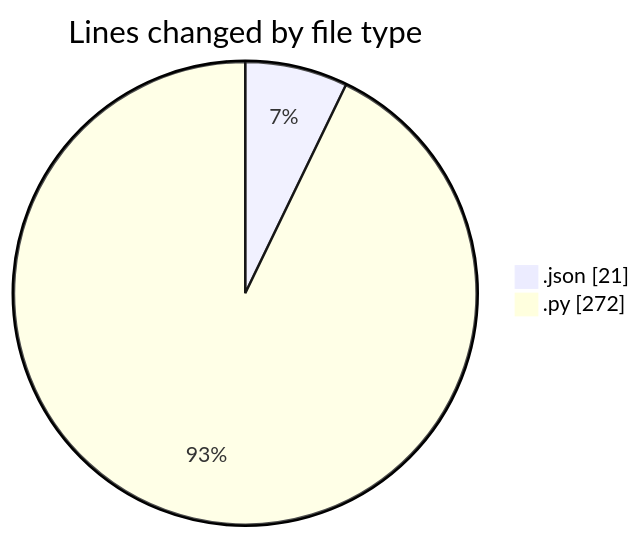
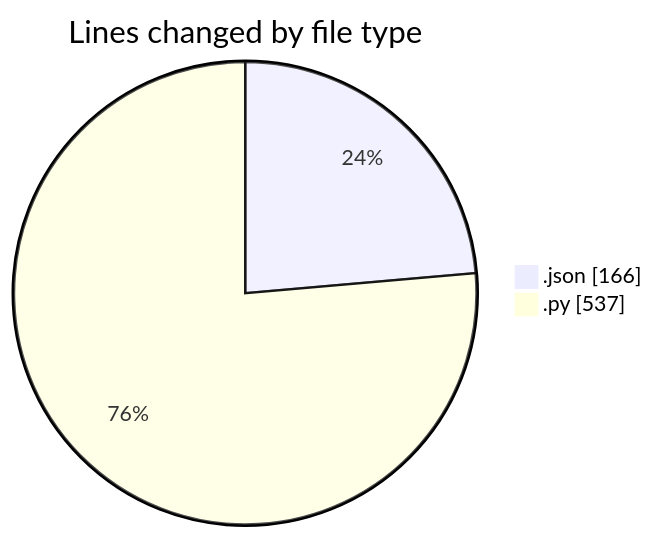
One commit to MatusMokan/code-tracking changed the first of 2 diagrams in 2025-11-14/untitled__workspace_/README.md. Above: the diagram before and after it, drawn with Mermaid. The commit also changed other lines of this file and 1 other file, not shown here.

````diff
--- a/2025-11-14/untitled__workspace_/README.md
+++ b/2025-11-14/untitled__workspace_/README.md
@@ -22,6 +23,6 @@
 ```mermaid
 pie showData
 title Lines changed by file type
-".json" : 21
-".py" : 272
+".json" : 166
+".py" : 537
 ```
````
